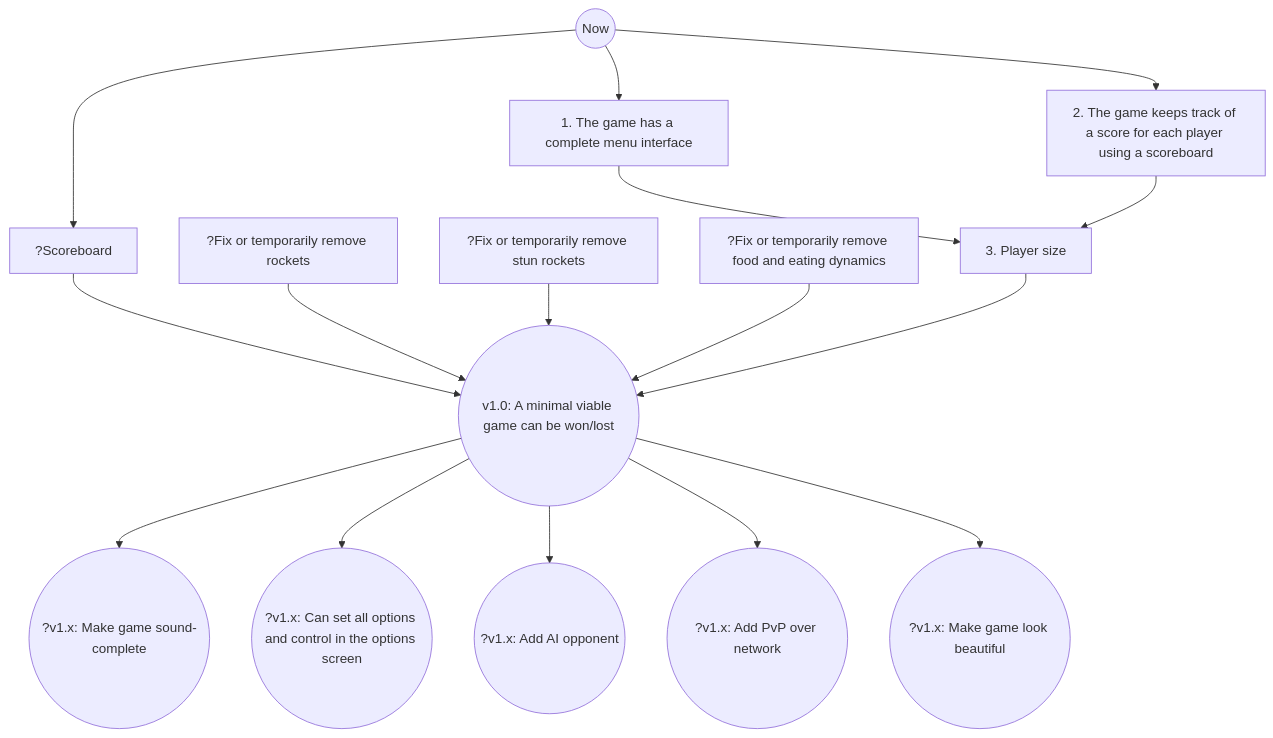
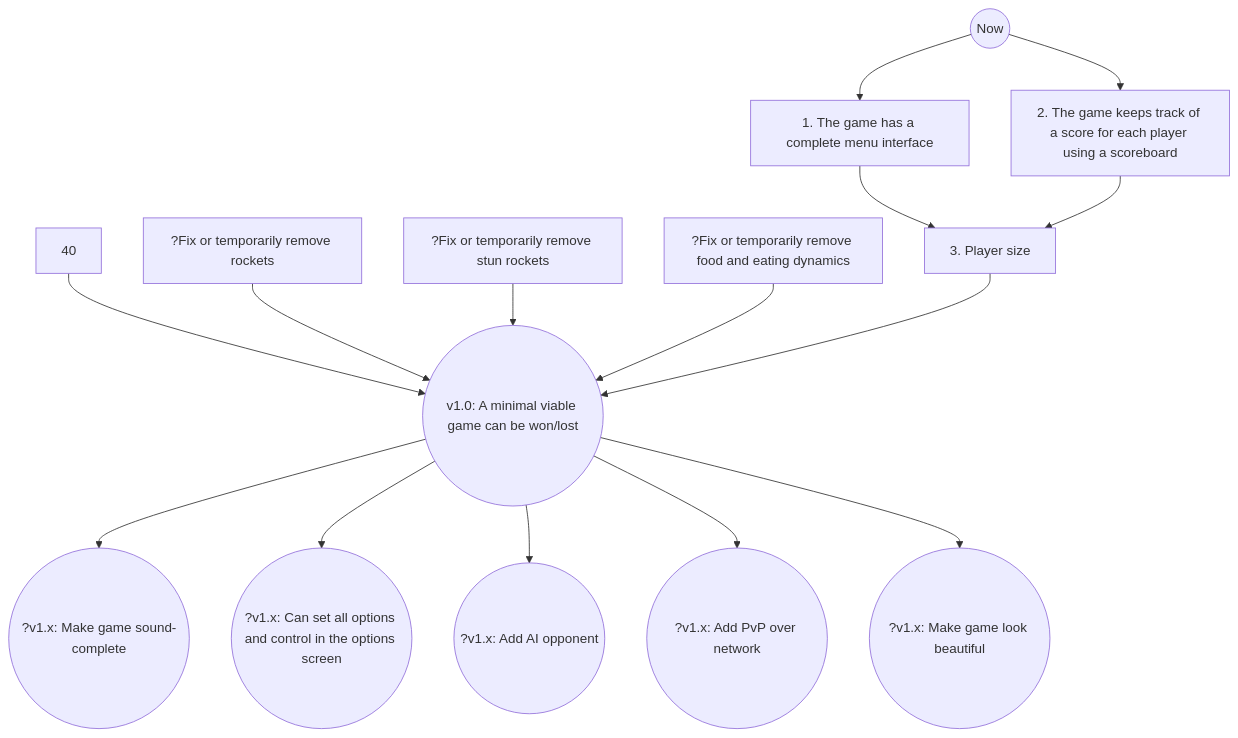
The diagram in doc/roadmap.md (tresinformal/drakkar), drawn with Mermaid before and after one commit.

````diff
--- a/doc/roadmap.md
+++ b/doc/roadmap.md
@@ -3,18 +3,17 @@
 ```mermaid
 graph TD;
     0((Now))-->10[1. The game has a complete menu interface];
     0-->20[2. The game keeps track of a score for each player using a scoreboard]
     10-->30[3. Player size]
-    0-->40[?Scoreboard]
     20-->30
     40-->100
     50[?Fix or temporarily remove rockets]-->100
     60[?Fix or temporarily remove stun rockets]-->100
     70[?Fix or temporarily remove food and eating dynamics]-->100
     30-->100((v1.0: A minimal viable game can be won/lost))
     100-->200((?v1.x: Make game sound-complete))
     100-->300((?v1.x: Can set all options and control in the options screen))
     100-->400((?v1.x: Add AI opponent))
     100-->500((?v1.x: Add PvP over network))
     100-->600((?v1.x: Make game look beautiful))
 ```
````
